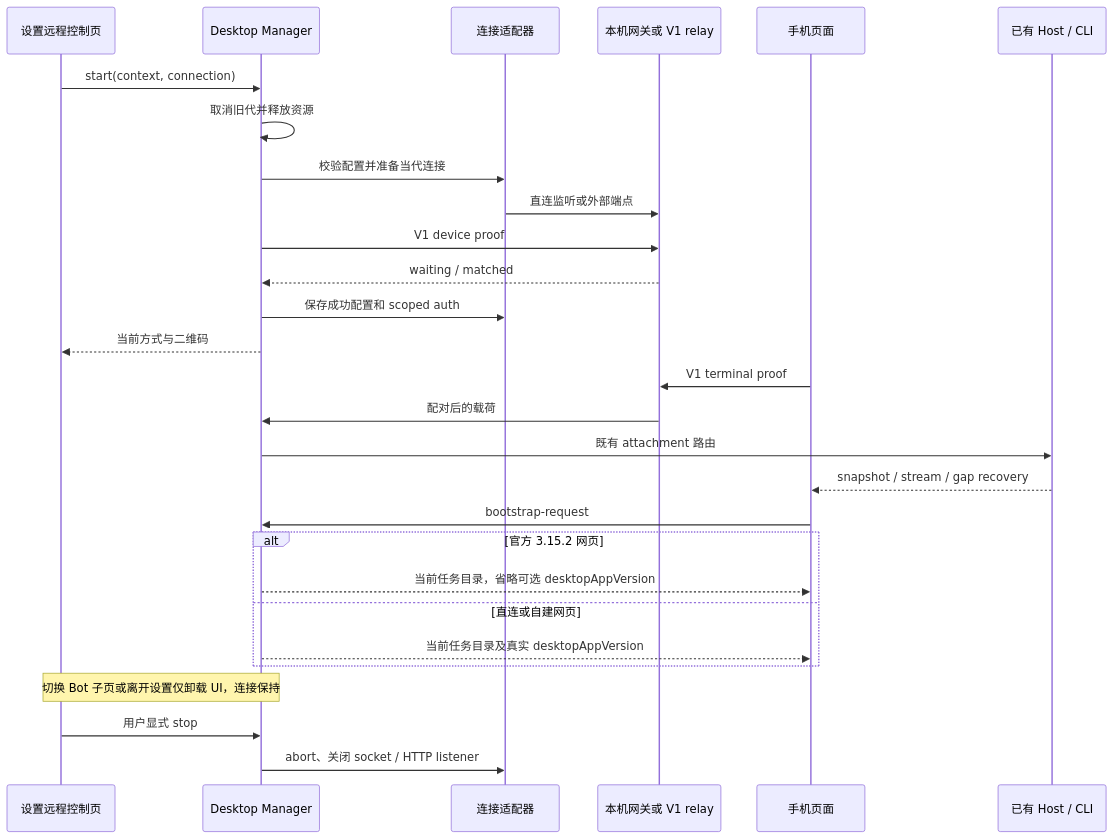
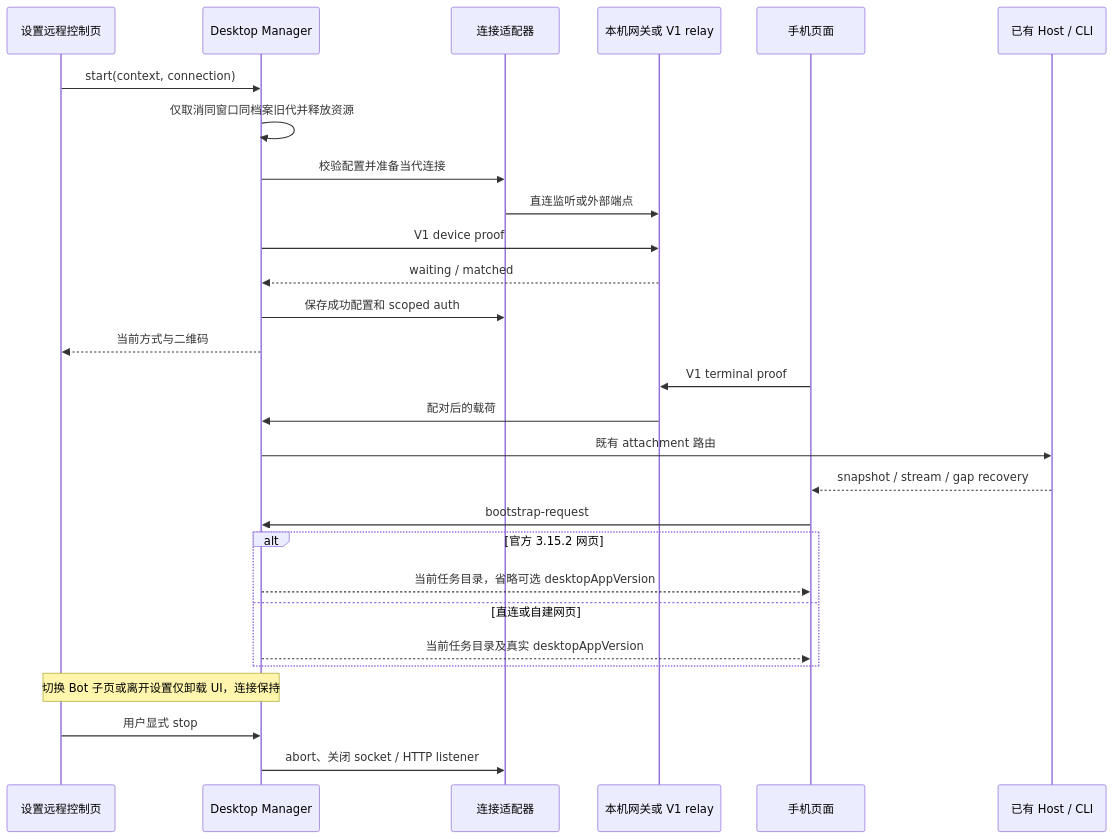
The second of 2 diagrams in docs/web-remote-control/v1-connection-modes.md (BlueSkyXN/OpenZWork), drawn with Mermaid before and after one commit. The commit also changed other lines of this file and 30 other files, not shown here.

````diff
--- a/docs/web-remote-control/v1-connection-modes.md
+++ b/docs/web-remote-control/v1-connection-modes.md
@@ -72,30 +76,30 @@
 ```mermaid
 sequenceDiagram
     participant U as 设置远程控制页
     participant M as Desktop Manager
     participant C as 连接适配器
     participant R as 本机网关或 V1 relay
     participant P as 手机页面
     participant H as 已有 Host / CLI
     U->>M: start(context, connection)
-    M->>M: 取消旧代并释放资源
+    M->>M: 仅取消同窗口同档案旧代并释放资源
     M->>C: 校验配置并准备当代连接
     C->>R: 直连监听或外部端点
     M->>R: V1 device proof
     R-->>M: waiting / matched
     M->>C: 保存成功配置和 scoped auth
     M-->>U: 当前方式与二维码
     P->>R: V1 terminal proof
     R->>M: 配对后的载荷
     M->>H: 既有 attachment 路由
     H-->>P: snapshot / stream / gap recovery
     P->>M: bootstrap-request
     alt 官方 3.15.2 网页
         M-->>P: 当前任务目录，省略可选 desktopAppVersion
     else 直连或自建网页
         M-->>P: 当前任务目录及真实 desktopAppVersion
     end
     Note over U,M: 切换 Bot 子页或离开设置仅卸载 UI，连接保持
     U->>M: 用户显式 stop
     M->>C: abort、关闭 socket / HTTP listener
 ```
````
